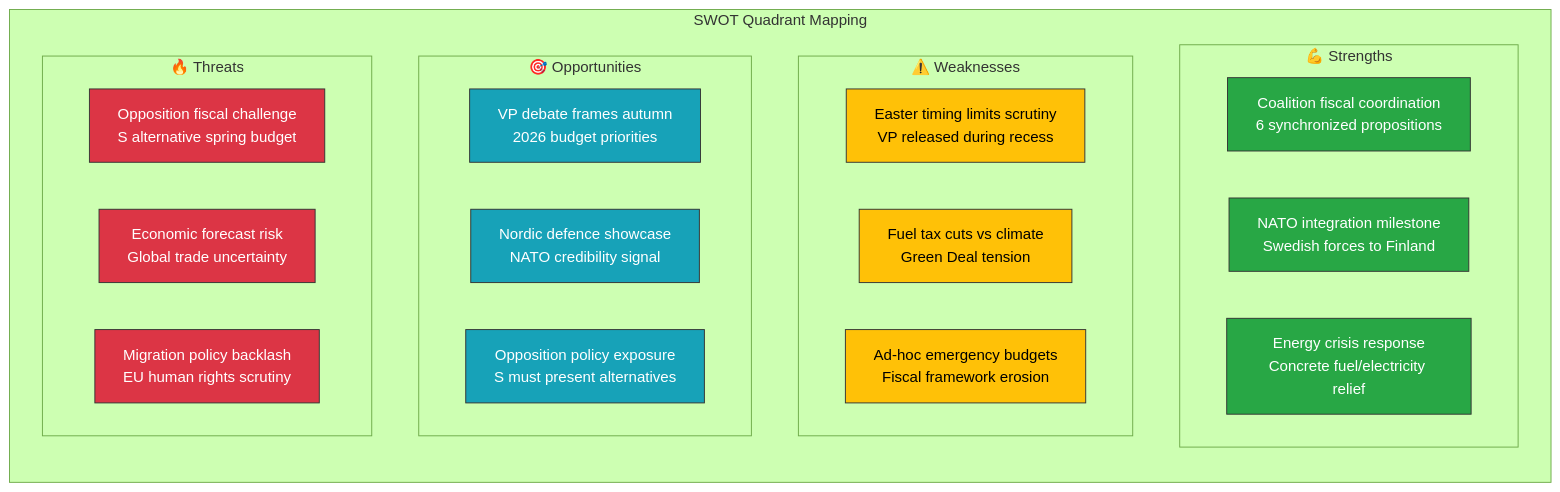
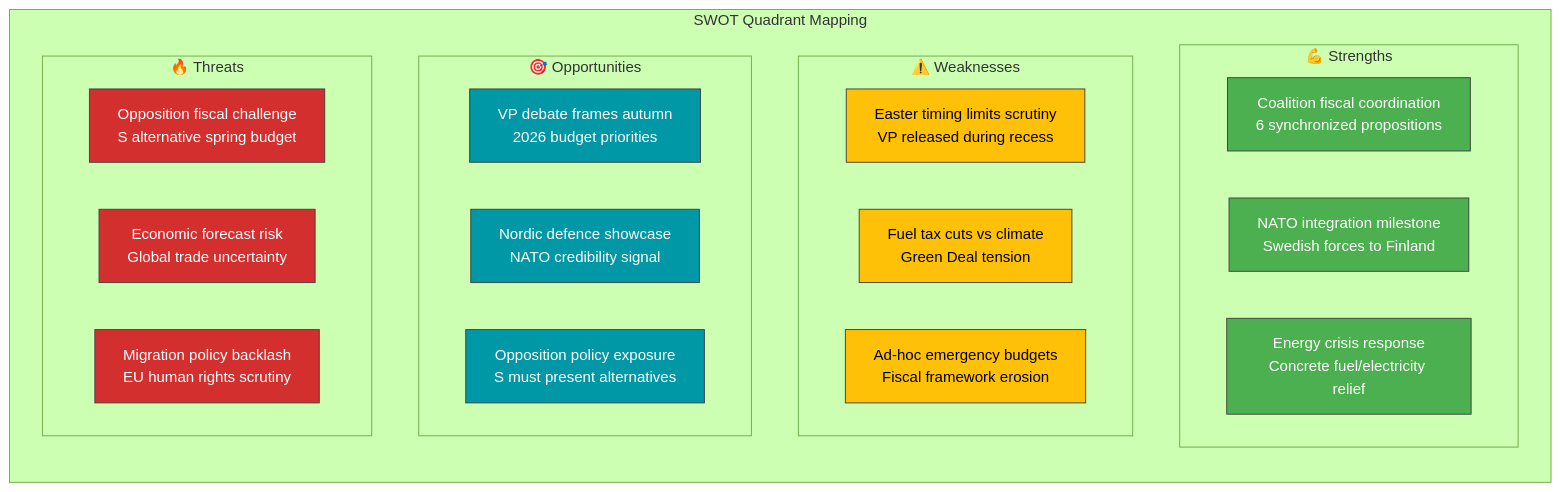
Before and after one commit to Hack23/riksdagsmonitor: the second of 2 diagrams in analysis/daily/2026-04-13/realtime-1433/synthesis-summary.md, drawn with Mermaid (forest theme). The commit also changed other lines of this file and 785 other files, not shown here.

First line of the commit message:
Normalize mermaid colors across 786 analysis artifacts to ISMS Style Guide palette

````diff
--- a/analysis/daily/2026-04-13/realtime-1433/synthesis-summary.md
+++ b/analysis/daily/2026-04-13/realtime-1433/synthesis-summary.md
@@ -65,38 +65,38 @@
 ```mermaid
 graph TD
     subgraph "SWOT Quadrant Mapping"
         direction TB
         subgraph "💪 Strengths"
             STR1["Coalition fiscal coordination<br/>6 synchronized propositions"]
             STR2["NATO integration milestone<br/>Swedish forces to Finland"]
             STR3["Energy crisis response<br/>Concrete fuel/electricity relief"]
         end
         subgraph "⚠️ Weaknesses"
             W1["Easter timing limits scrutiny<br/>VP released during recess"]
             W2["Fuel tax cuts vs climate<br/>Green Deal tension"]
             W3["Ad-hoc emergency budgets<br/>Fiscal framework erosion"]
         end
         subgraph "🎯 Opportunities"
             O1["VP debate frames autumn<br/>2026 budget priorities"]
             O2["Nordic defence showcase<br/>NATO credibility signal"]
             O3["Opposition policy exposure<br/>S must present alternatives"]
         end
         subgraph "🔥 Threats"
             T1["Opposition fiscal challenge<br/>S alternative spring budget"]
             T2["Economic forecast risk<br/>Global trade uncertainty"]
             T3["Migration policy backlash<br/>EU human rights scrutiny"]
         end
     end
-    style STR1 fill:#28a745,stroke:#333,color:#fff
-    style STR2 fill:#28a745,stroke:#333,color:#fff
-    style STR3 fill:#28a745,stroke:#333,color:#fff
-    style W1 fill:#ffc107,stroke:#333,color:#000
-    style W2 fill:#ffc107,stroke:#333,color:#000
-    style W3 fill:#ffc107,stroke:#333,color:#000
-    style O1 fill:#17a2b8,stroke:#333,color:#fff
-    style O2 fill:#17a2b8,stroke:#333,color:#fff
-    style O3 fill:#17a2b8,stroke:#333,color:#fff
-    style T1 fill:#dc3545,stroke:#333,color:#fff
-    style T2 fill:#dc3545,stroke:#333,color:#fff
-    style T3 fill:#dc3545,stroke:#333,color:#fff
+    style STR1 fill:#4CAF50,stroke:#424242,color:#FFFFFF
+    style STR2 fill:#4CAF50,stroke:#424242,color:#FFFFFF
+    style STR3 fill:#4CAF50,stroke:#424242,color:#FFFFFF
+    style W1 fill:#FFC107,stroke:#424242,color:#000000
+    style W2 fill:#FFC107,stroke:#424242,color:#000000
+    style W3 fill:#FFC107,stroke:#424242,color:#000000
+    style O1 fill:#0097A7,stroke:#424242,color:#FFFFFF
+    style O2 fill:#0097A7,stroke:#424242,color:#FFFFFF
+    style O3 fill:#0097A7,stroke:#424242,color:#FFFFFF
+    style T1 fill:#D32F2F,stroke:#424242,color:#FFFFFF
+    style T2 fill:#D32F2F,stroke:#424242,color:#FFFFFF
+    style T3 fill:#D32F2F,stroke:#424242,color:#FFFFFF
 ```
````
